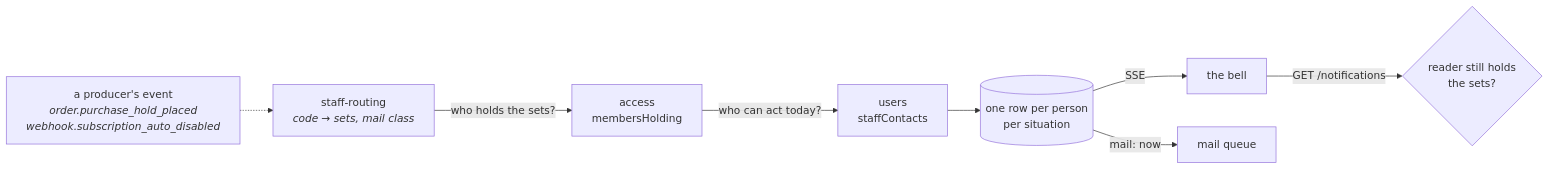
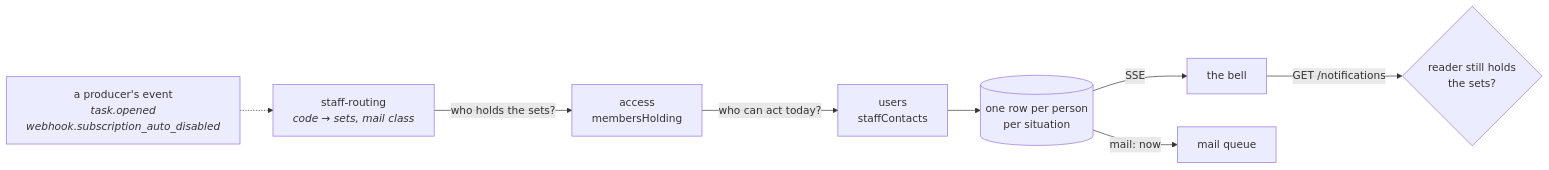
Before and after one commit to Guebbit/boilerplate-node-backend: the third of 3 diagrams in docs/modules/notifications.md, drawn with Mermaid. The commit also changed other lines of this file and 10 other files, not shown here.

````diff
--- a/docs/modules/notifications.md
+++ b/docs/modules/notifications.md
@@ -125,10 +110,10 @@
 ```mermaid
 flowchart LR
-    E["a producer's event<br/><i>order.purchase_hold_placed<br/>webhook.subscription_auto_disabled</i>"] -.-> R["staff-routing<br/><i>code → sets, mail class</i>"]
+    E["a producer's event<br/><i>task.opened<br/>webhook.subscription_auto_disabled</i>"] -.-> R["staff-routing<br/><i>code → sets, mail class</i>"]
     R -->|"who holds the sets?"| AC["access<br/>membersHolding"]
     AC -->|"who can act today?"| U["users<br/>staffContacts"]
     U --> W[("one row per person<br/>per situation")]
     W -->|SSE| B["the bell"]
     W -->|"mail: now"| M["mail queue"]
     B -->|"GET /notifications"| F{"reader still holds<br/>the sets?"}
 ```
````
